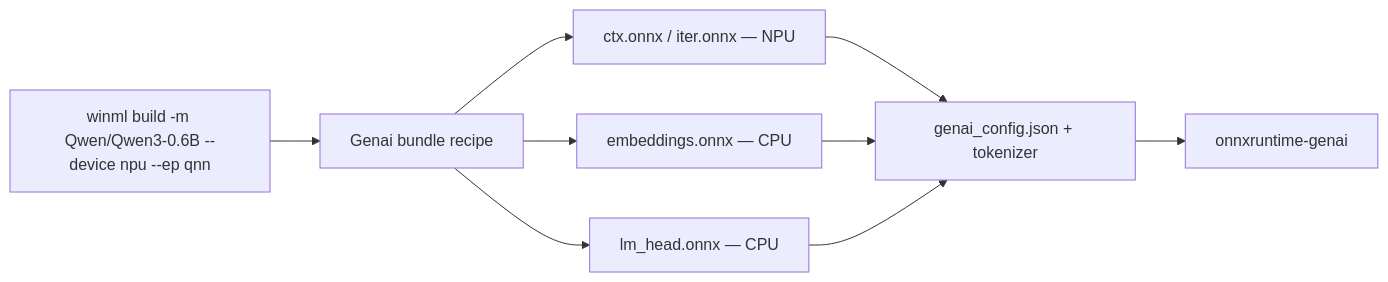
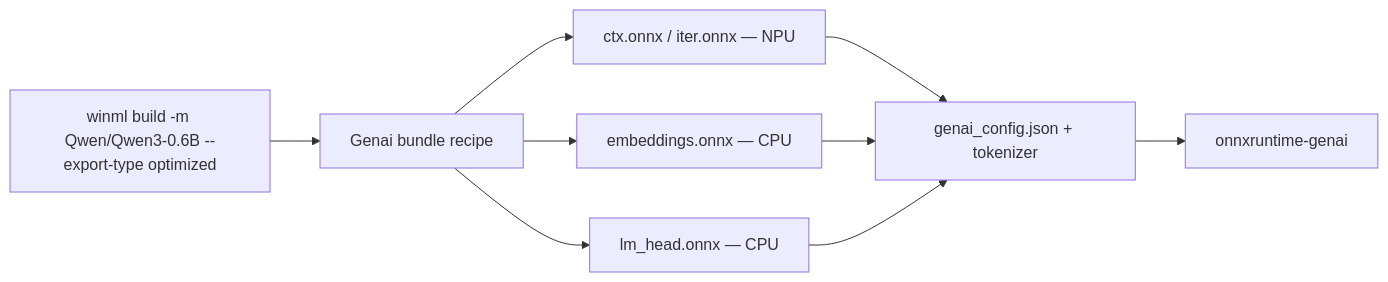
Before and after one commit to microsoft/winml-cli: the diagram in docs/samples/qwen3-genai-bundle.md, drawn with Mermaid. The commit also changed other lines of this file and 8 other files, not shown here.

First line of the commit message:
Add `--export-type` (generic | optimized) selector to `winml build` (#1104)

````diff
--- a/docs/samples/qwen3-genai-bundle.md
+++ b/docs/samples/qwen3-genai-bundle.md
@@ -30,11 +30,11 @@
 ```mermaid
 graph LR
-    A["winml build -m Qwen/Qwen3-0.6B --device npu --ep qnn"] --> B[Genai bundle recipe]
+    A["winml build -m Qwen/Qwen3-0.6B --export-type optimized"] --> B[Genai bundle recipe]
     B --> C[ctx.onnx / iter.onnx — NPU]
     B --> D[embeddings.onnx — CPU]
     B --> E[lm_head.onnx — CPU]
     C --> F[genai_config.json + tokenizer]
     D --> F
     E --> F
     F --> G[onnxruntime-genai]
 ```
````
